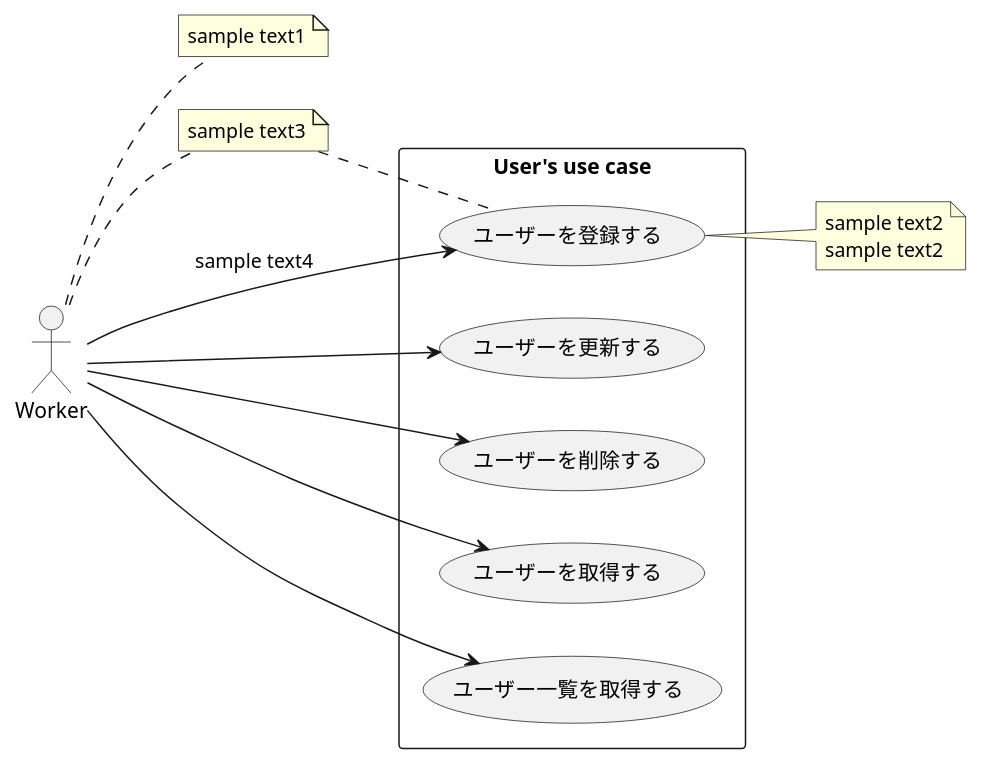
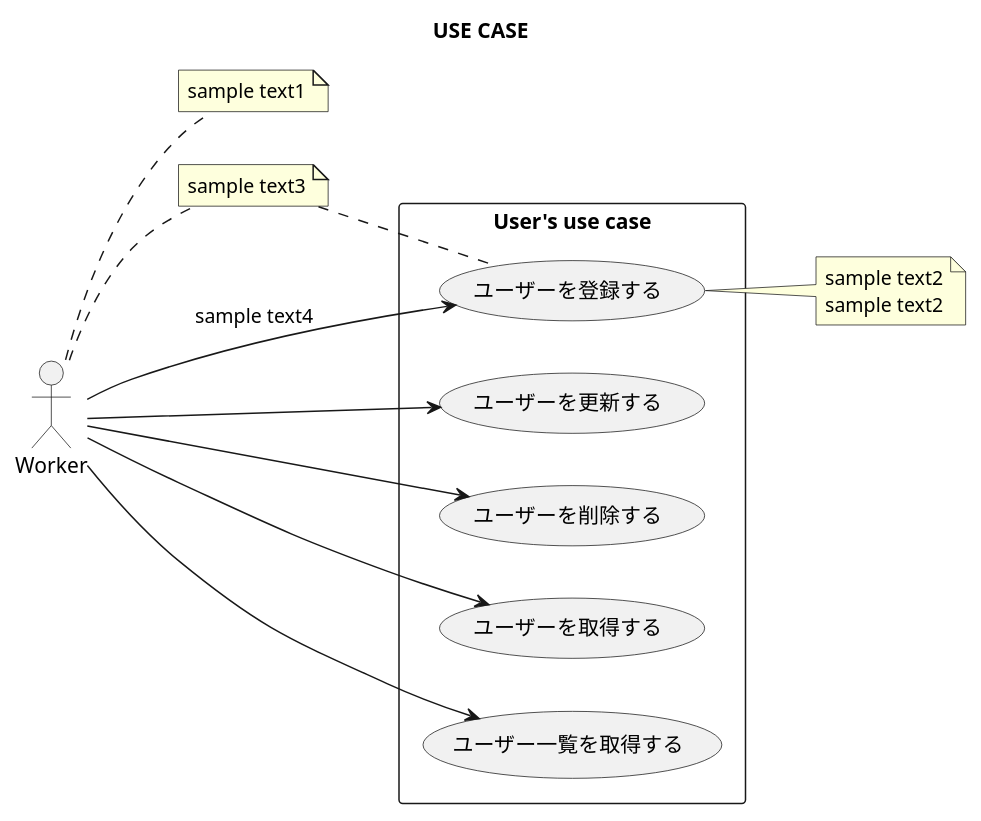
One commit to apple-x-co/bear-app-old changed the diagram in docs/uml/use-cases/user.puml. Above: the diagram before and after it, drawn with PlantUML. The commit also changed 72 other files, not shown here.

```diff
--- a/docs/uml/use-cases/user.puml
+++ b/docs/uml/use-cases/user.puml
@@ -1,32 +1,34 @@
 @startuml
+
+title USE CASE
 
 left to right direction
 
 :Worker: as worker
 
 rectangle "User's use case" {
     (ユーザーを登録する) as (create)
     (ユーザーを更新する) as (update)
     (ユーザーを削除する) as (delete)
     (ユーザーを取得する) as (get)
     (ユーザー一覧を取得する) as (list)
 }
 
 worker --> create: "sample text4"
 worker --> update
 worker --> delete
 worker --> get
 worker --> list
 
 note right of worker : sample text1
 
 note right of (create)
 sample text2
 sample text2
 end note
 
 note "sample text3" as N1
 (worker) .. N1
 N1 .. (create)
 
 @enduml
```
